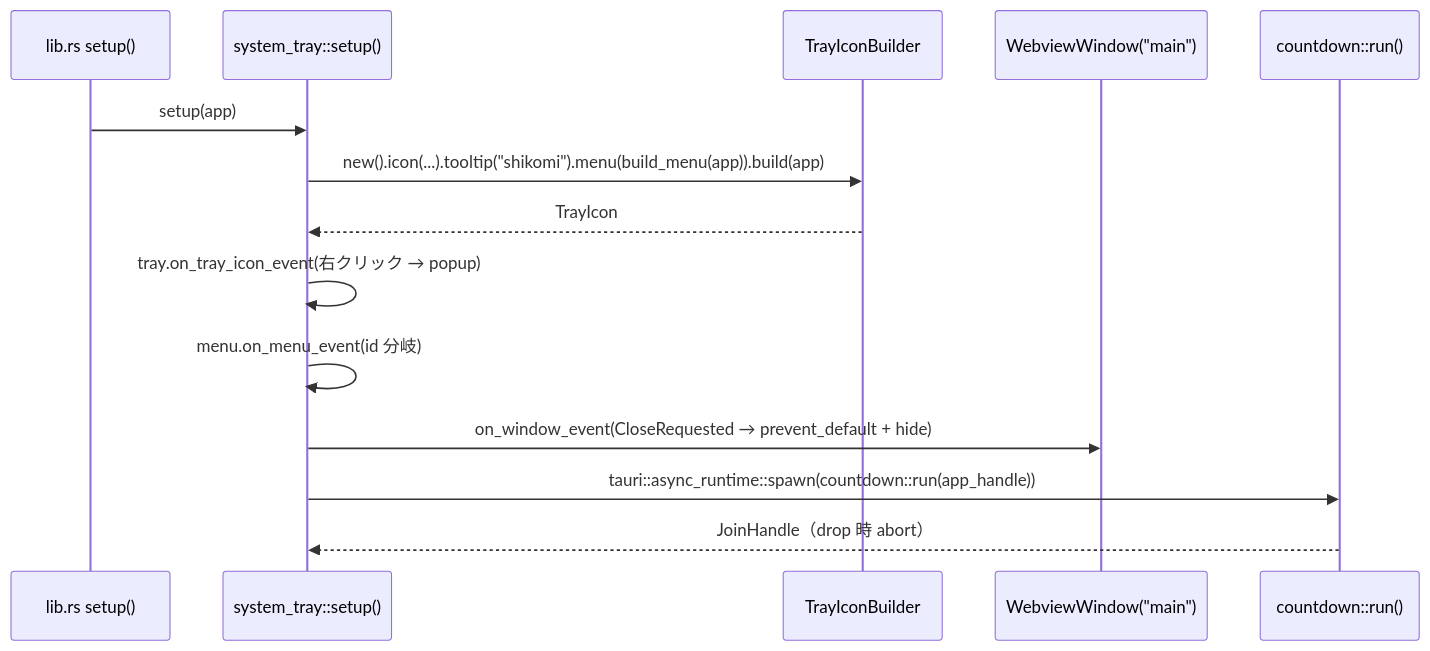
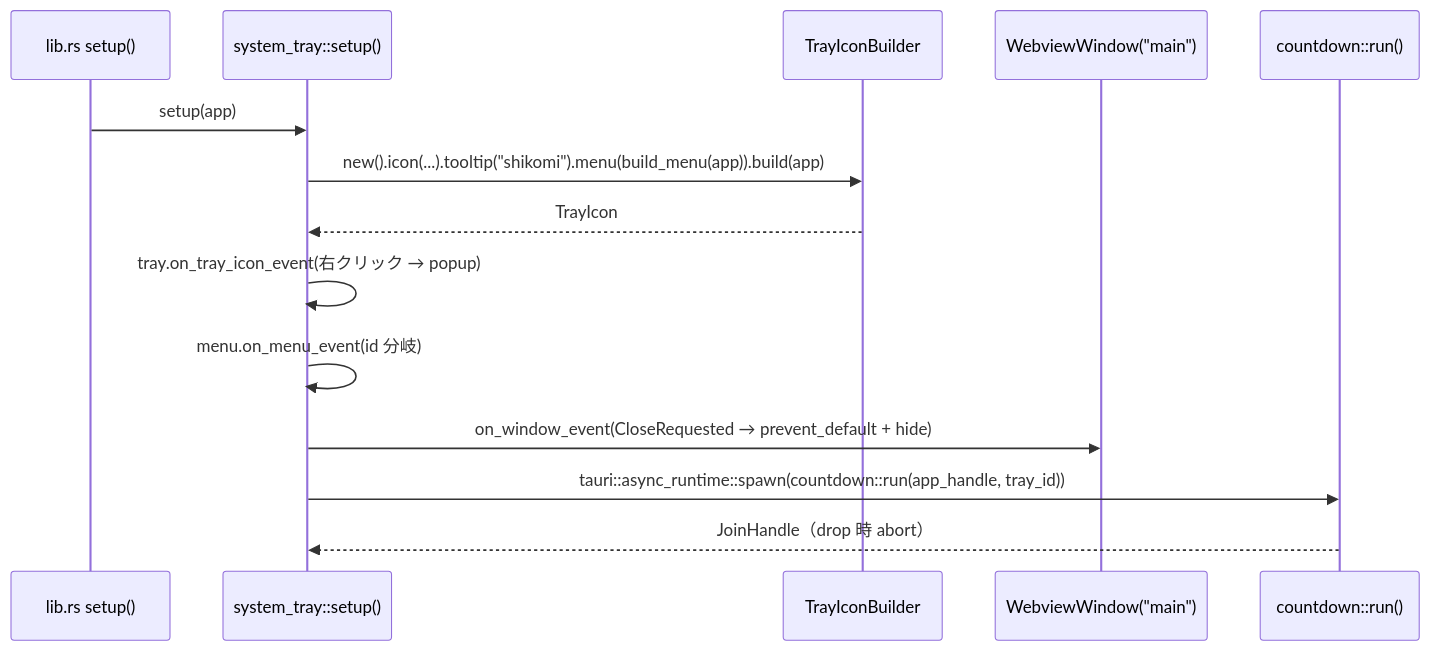
Before and after one commit to shikomi-dev/shikomi: the first of 5 diagrams in docs/features/shikomi-gui/system-tray/detailed-design.md, drawn with Mermaid. The commit also changed other lines of this file and 1 other file, not shown here.

Commit message:
docs(system-tray): calc_remaining亡霊とrun()シグネチャを全域駆除
ペガサス指摘: §9のcalc_remaining行・§1のrun(app_handle)が残留

- detailed-design.md §9: calc_remaining行を削除
- detailed-design.md §1: run(app_handle) → run(app_handle, tray_id) に修正
- basic-design.md §1: モジュール可視性規則からcalc_remaining記述を削除済み注記に変更
- basic-design.md §2.1: run(app_handle) → run(app_handle, tray_id) に修正

````diff
--- a/docs/features/shikomi-gui/system-tray/detailed-design.md
+++ b/docs/features/shikomi-gui/system-tray/detailed-design.md
@@ -15,17 +15,17 @@
 ```mermaid
 sequenceDiagram
     participant LibRS as lib.rs setup()
     participant SetupFn as system_tray::setup()
     participant TrayBuilder as TrayIconBuilder
     participant Window as WebviewWindow("main")
     participant CountdownTask as countdown::run()
 
     LibRS->>SetupFn: setup(app)
     SetupFn->>TrayBuilder: new().icon(...).tooltip("shikomi").menu(build_menu(app)).build(app)
     TrayBuilder-->>SetupFn: TrayIcon
     SetupFn->>SetupFn: tray.on_tray_icon_event(右クリック → popup)
     SetupFn->>SetupFn: menu.on_menu_event(id 分岐)
     SetupFn->>Window: on_window_event(CloseRequested → prevent_default + hide)
-    SetupFn->>CountdownTask: tauri::async_runtime::spawn(countdown::run(app_handle))
+    SetupFn->>CountdownTask: tauri::async_runtime::spawn(countdown::run(app_handle, tray_id))
     CountdownTask-->>SetupFn: JoinHandle（drop 時 abort）
 ```
````
